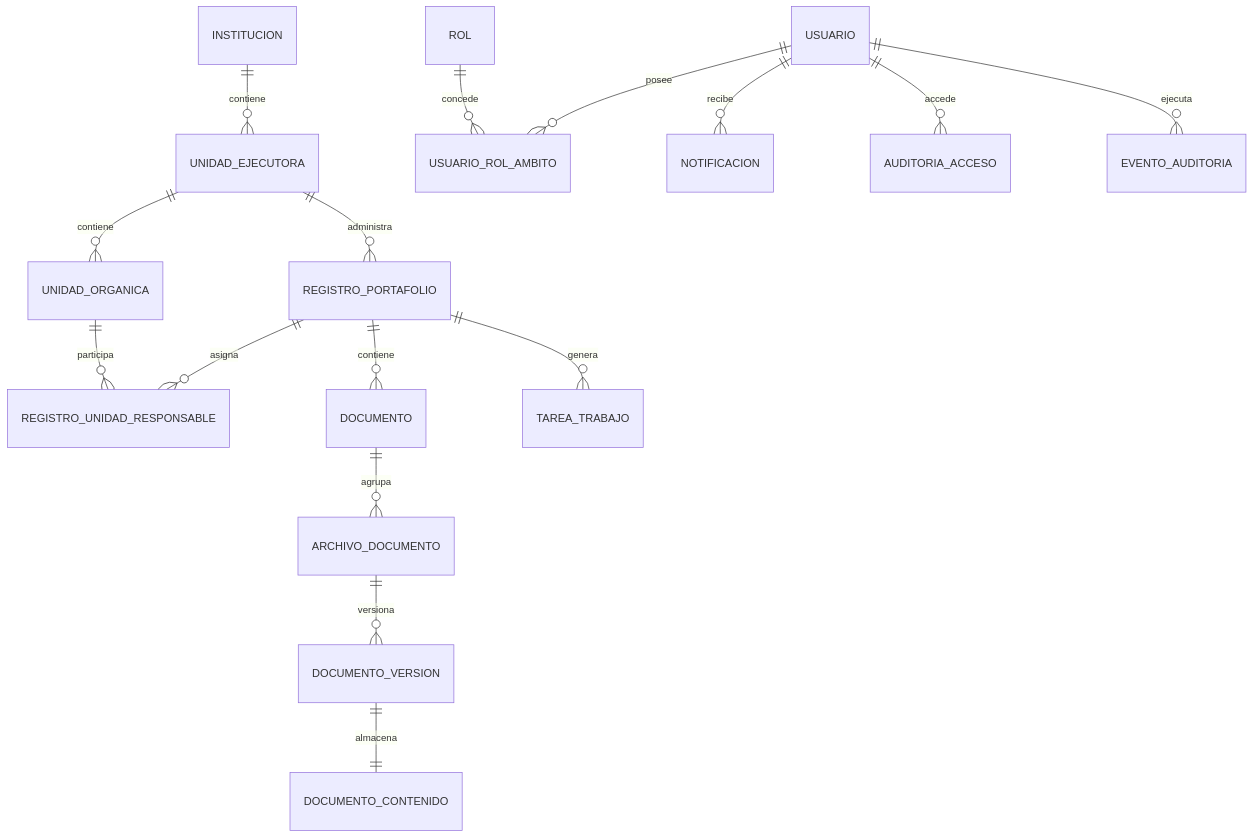
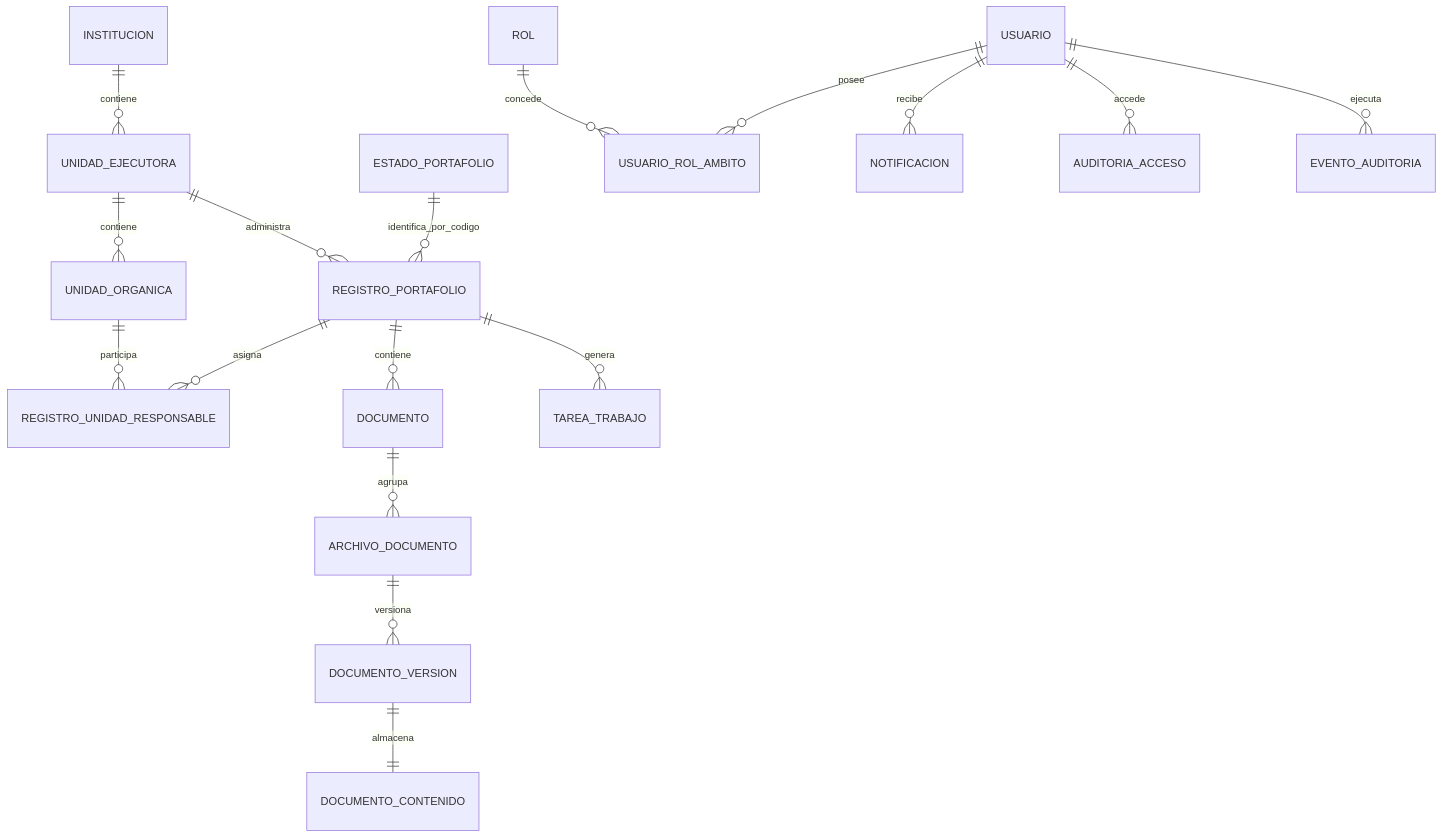
The diagram in docs/architecture/data-model-final.md (villegas-pug/piip-app), drawn with Mermaid before and after one commit. The commit also changed other lines of this file and 159 other files, not shown here.

Commit message:
feat(portfolio): centraliza estados del portafolio en catálogo persistente con validación por código natural

````diff
--- a/docs/architecture/data-model-final.md
+++ b/docs/architecture/data-model-final.md
@@ -3,18 +3,19 @@
 ```mermaid
 erDiagram
   INSTITUCION ||--o{ UNIDAD_EJECUTORA : contiene
   UNIDAD_EJECUTORA ||--o{ UNIDAD_ORGANICA : contiene
   UNIDAD_EJECUTORA ||--o{ REGISTRO_PORTAFOLIO : administra
+  ESTADO_PORTAFOLIO ||--o{ REGISTRO_PORTAFOLIO : identifica_por_codigo
   REGISTRO_PORTAFOLIO ||--o{ REGISTRO_UNIDAD_RESPONSABLE : asigna
   UNIDAD_ORGANICA ||--o{ REGISTRO_UNIDAD_RESPONSABLE : participa
   USUARIO ||--o{ USUARIO_ROL_AMBITO : posee
   ROL ||--o{ USUARIO_ROL_AMBITO : concede
   REGISTRO_PORTAFOLIO ||--o{ DOCUMENTO : contiene
   DOCUMENTO ||--o{ ARCHIVO_DOCUMENTO : agrupa
   ARCHIVO_DOCUMENTO ||--o{ DOCUMENTO_VERSION : versiona
   DOCUMENTO_VERSION ||--|| DOCUMENTO_CONTENIDO : almacena
   REGISTRO_PORTAFOLIO ||--o{ TAREA_TRABAJO : genera
   USUARIO ||--o{ NOTIFICACION : recibe
   USUARIO ||--o{ AUDITORIA_ACCESO : accede
   USUARIO ||--o{ EVENTO_AUDITORIA : ejecuta
 ```
````
